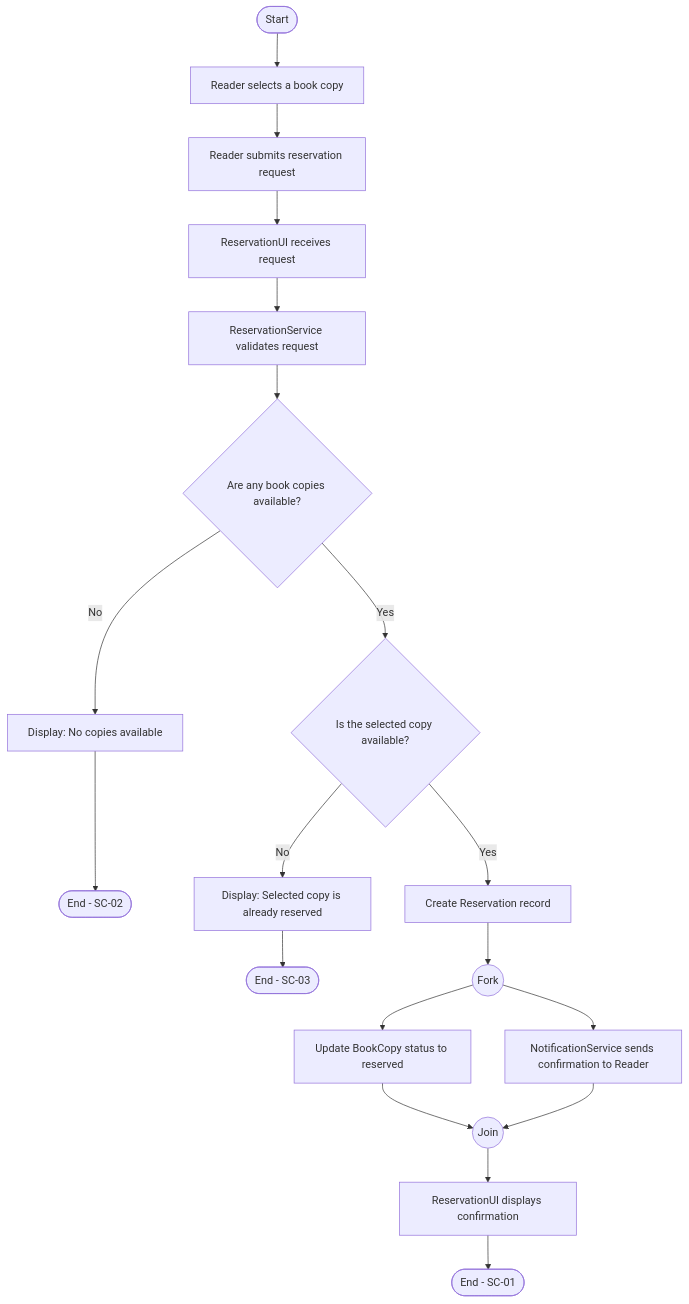
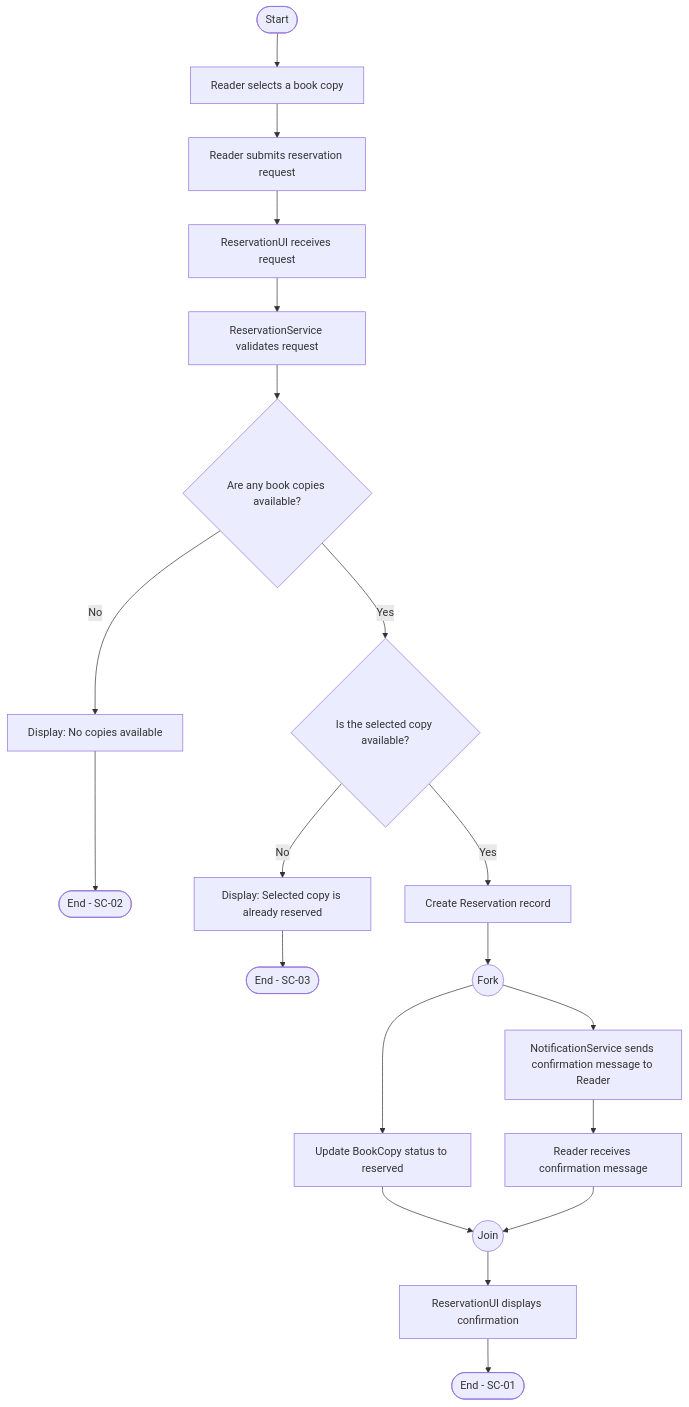
One commit to liza051/library-activity-diagram changed the diagram in activity/reservation-process.mmd. Above: the diagram before and after it, drawn with Mermaid. The commit also changed 5 other files, not shown here.

Commit message:
Complete Lab 4 Activity Diagram

```diff
--- a/activity/reservation-process.mmd
+++ b/activity/reservation-process.mmd
@@ -1,27 +1,28 @@
 
 flowchart TD
     Start([Start]) --> ReaderSelect[Reader selects a book copy]
     ReaderSelect --> Submit[Reader submits reservation request]
     Submit --> UI[ReservationUI receives request]
     UI --> Validate[ReservationService validates request]
     Validate --> CheckCopies{Are any book copies available?}
 
     CheckCopies -- No --> NoCopies[Display: No copies available]
     NoCopies --> End1([End - SC-02])
 
     CheckCopies -- Yes --> CheckSelected{Is the selected copy available?}
 
     CheckSelected -- No --> AlreadyReserved[Display: Selected copy is already reserved]
     AlreadyReserved --> End2([End - SC-03])
 
     CheckSelected -- Yes --> CreateReservation[Create Reservation record]
     CreateReservation --> Fork((Fork))
 
     Fork --> UpdateCopy[Update BookCopy status to reserved]
-    Fork --> SendNotification[NotificationService sends confirmation to Reader]
+    Fork --> SendNotification[NotificationService sends confirmation message to Reader]
+    SendNotification --> ReceiveNotification[Reader receives confirmation message]
 
     UpdateCopy --> Join((Join))
-    SendNotification --> Join
+    ReceiveNotification --> Join
 
     Join --> ShowConfirmation[ReservationUI displays confirmation]
     ShowConfirmation --> End3([End - SC-01])
```
